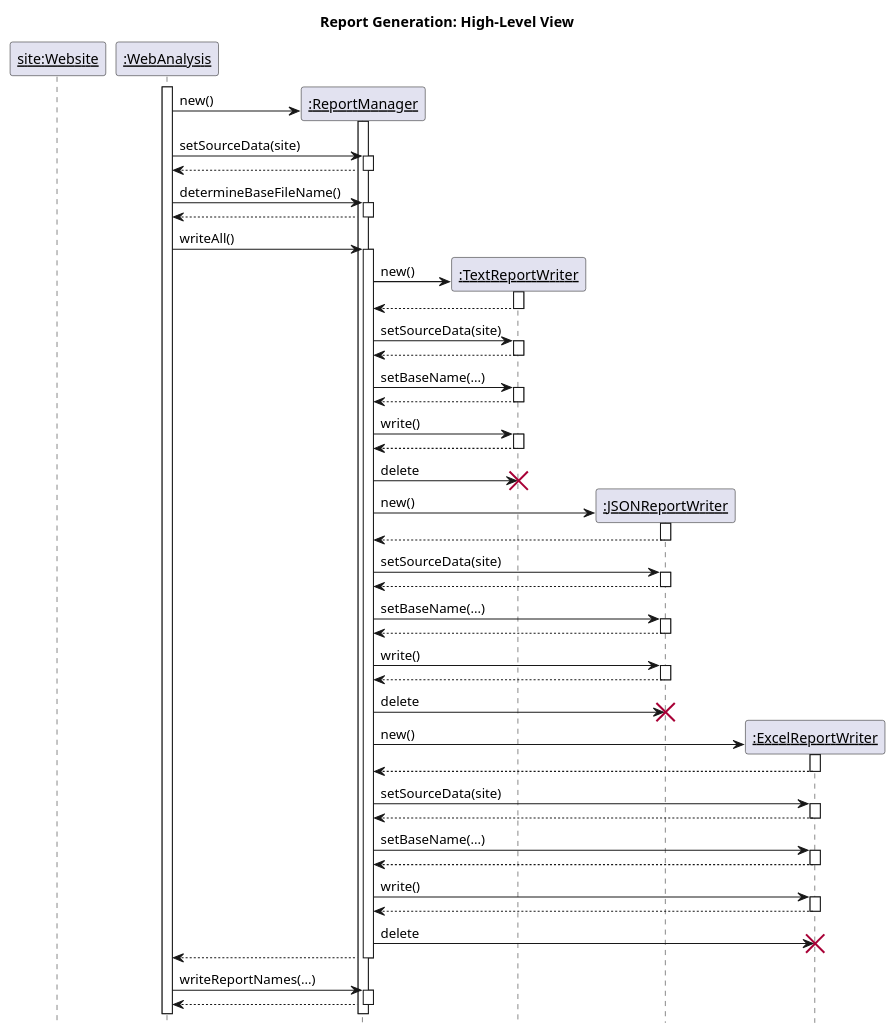
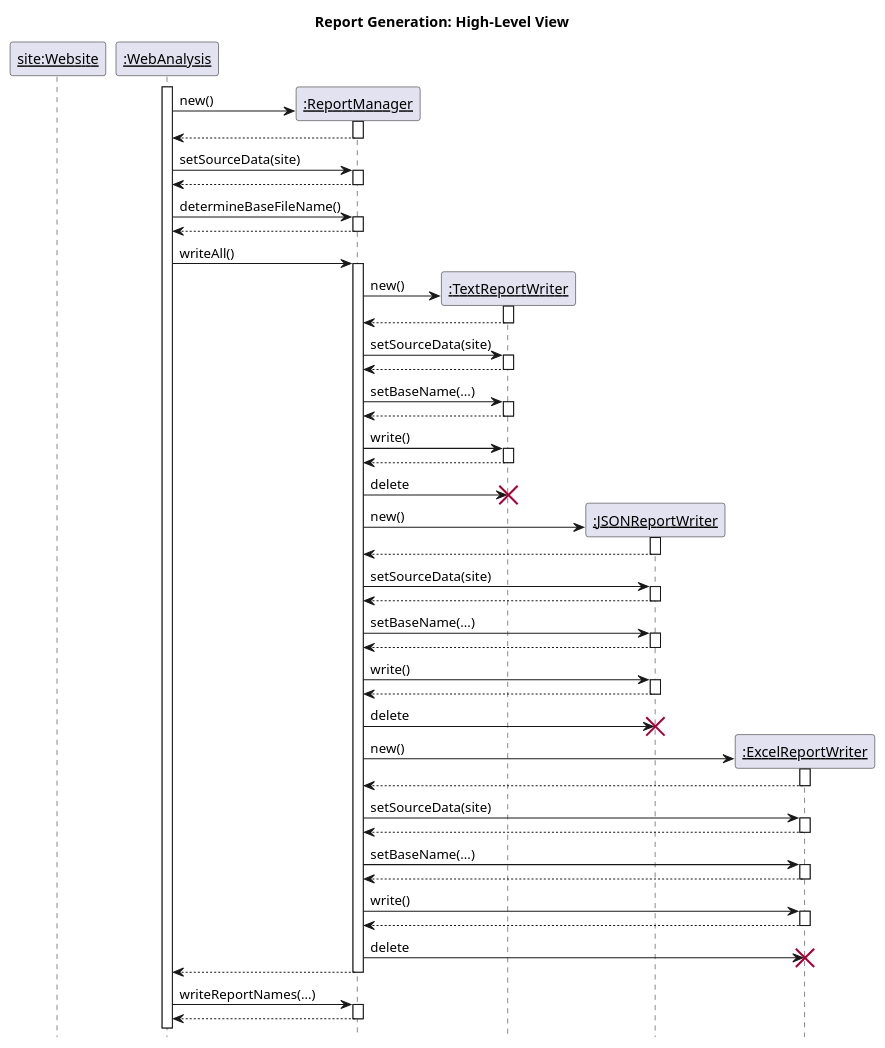
One commit to cstkennedy/Phase-3-Brainstorming-Web-Analysis changed diagram 14 of 14 in README.md. Above: the diagram before and after it, drawn with PlantUML. The commit also changed 1 other file, not shown here.

Commit message:
Add missing return

````diff
--- a/README.md
+++ b/README.md
@@ -1480,63 +1480,64 @@
 ```plantuml
 @startuml sequence_03.svg
 autoactivate on
 hide footbox
 skinparam backgroundColor #FFFFFF
 skinparam sequenceParticipant underline
 
 title Report Generation: High-Level View
 
 participant "site:Website" as site
 participant ":WebAnalysis" as driver
 activate driver
 
 
 create ":ReportManager" as manager
 
 driver -> manager: new()
+return
 driver -> manager: setSourceData(site)
 return
 
 driver -> manager: determineBaseFileName()
 return
 
 driver -> manager: writeAll()
     create ":TextReportWriter" as textWriter
     manager -> textWriter: new()
     return
     manager -> textWriter: setSourceData(site)
     return
     manager -> textWriter: setBaseName(...)
     return
     manager -> textWriter: write()
     return
     manager -> textWriter !!: delete
 
     create ":JSONReportWriter" as jsonWriter
     manager -> jsonWriter: new()
     return
     manager -> jsonWriter: setSourceData(site)
     return
     manager -> jsonWriter: setBaseName(...)
     return
     manager -> jsonWriter: write()
     return
     manager -> jsonWriter !!: delete
 
     create ":ExcelReportWriter" as excelWriter
     manager -> excelWriter: new()
     return
     manager -> excelWriter: setSourceData(site)
     return
     manager -> excelWriter: setBaseName(...)
     return
     manager -> excelWriter: write()
     return
     manager -> excelWriter !!: delete
 return
 
 driver -> manager: writeReportNames(...)
 return
 
 @enduml
 ```
````
